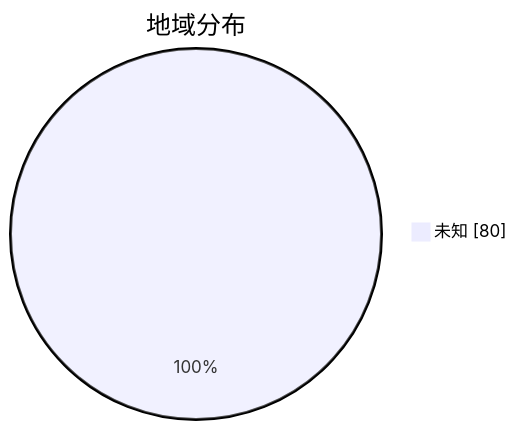
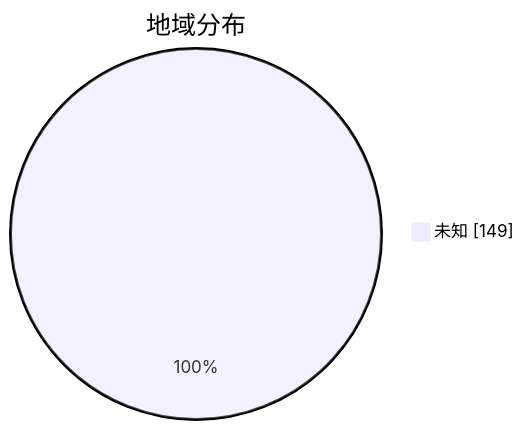
The second of 3 diagrams in subs/statistics/tested_within.md (qjlxg/airport), drawn with Mermaid before and after one commit. The commit also changed other lines of this file and 2 other files, not shown here.

````diff
--- a/subs/statistics/tested_within.md
+++ b/subs/statistics/tested_within.md
@@ -10,5 +11,5 @@
 ```mermaid
 pie showData
 title 地域分布
-"未知" : 80
+"未知" : 149
 ```
````
